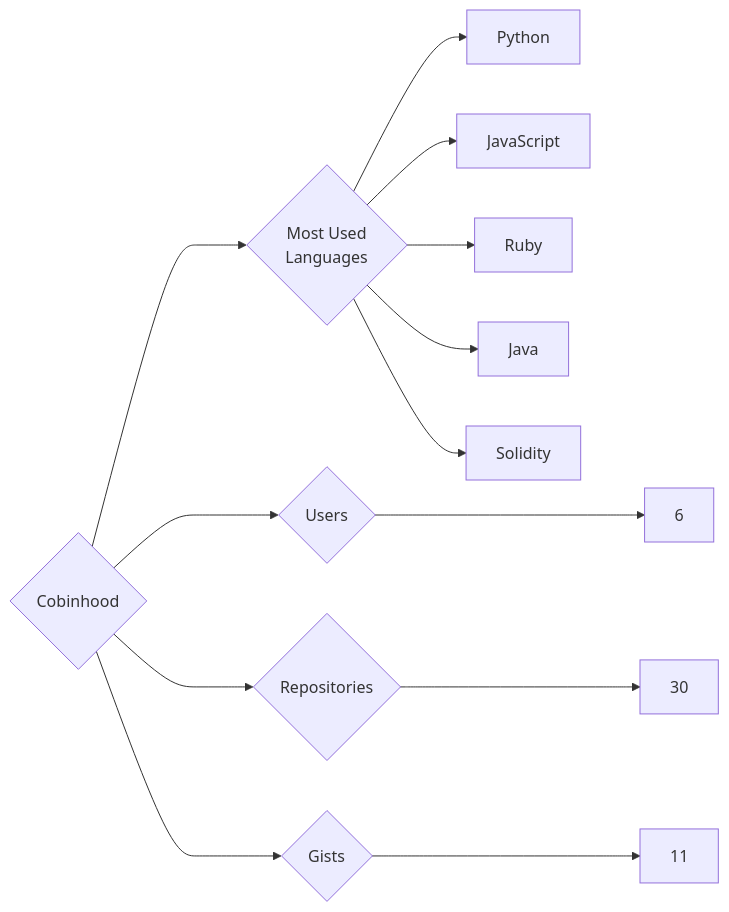
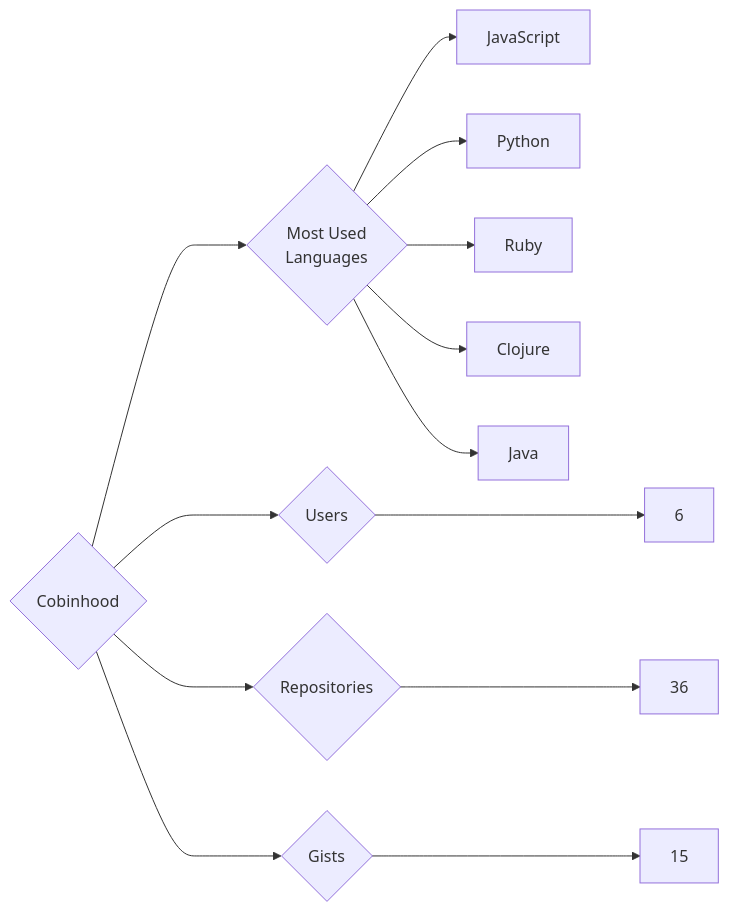
Before and after one commit to trickest/insiders: the diagram in targets/Cobinhood/README.md, drawn with Mermaid. The commit also changed 1078 other files, not shown here.

````diff
--- a/targets/Cobinhood/README.md
+++ b/targets/Cobinhood/README.md
@@ -3,13 +3,13 @@
 ```mermaid
 graph LR
 COMPANY_NAME{Cobinhood}
 COMPANY_NAME ---> U{Users} ---> UN[6]
-COMPANY_NAME ---> R{Repositories} ---> RN[30]
-COMPANY_NAME ---> G{Gists} ---> GN[11]
+COMPANY_NAME ---> R{Repositories} ---> RN[36]
+COMPANY_NAME ---> G{Gists} ---> GN[15]
 COMPANY_NAME ---> ML{Most Used<br>Languages}
+ML --> JavaScript[JavaScript]
 ML --> Python[Python]
-ML --> JavaScript[JavaScript]
 ML --> Ruby[Ruby]
+ML --> Clojure[Clojure]
 ML --> Java[Java]
-ML --> Solidity[Solidity]
 ```
````
